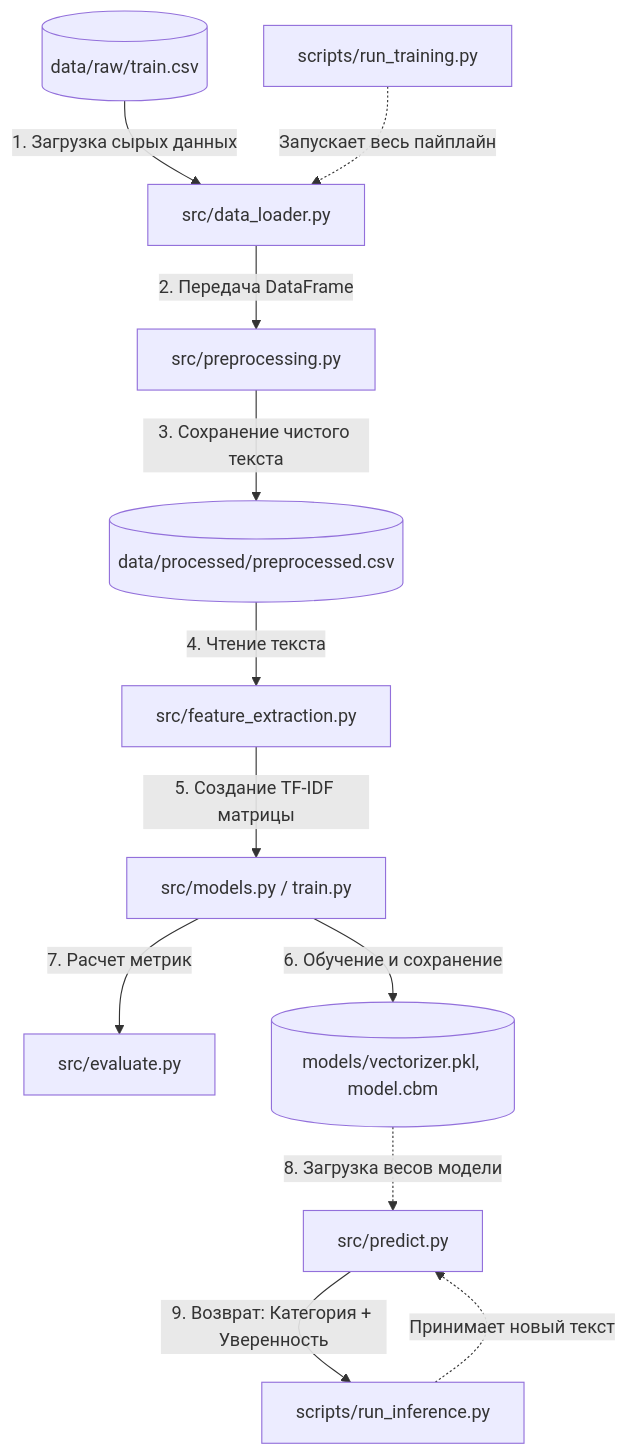
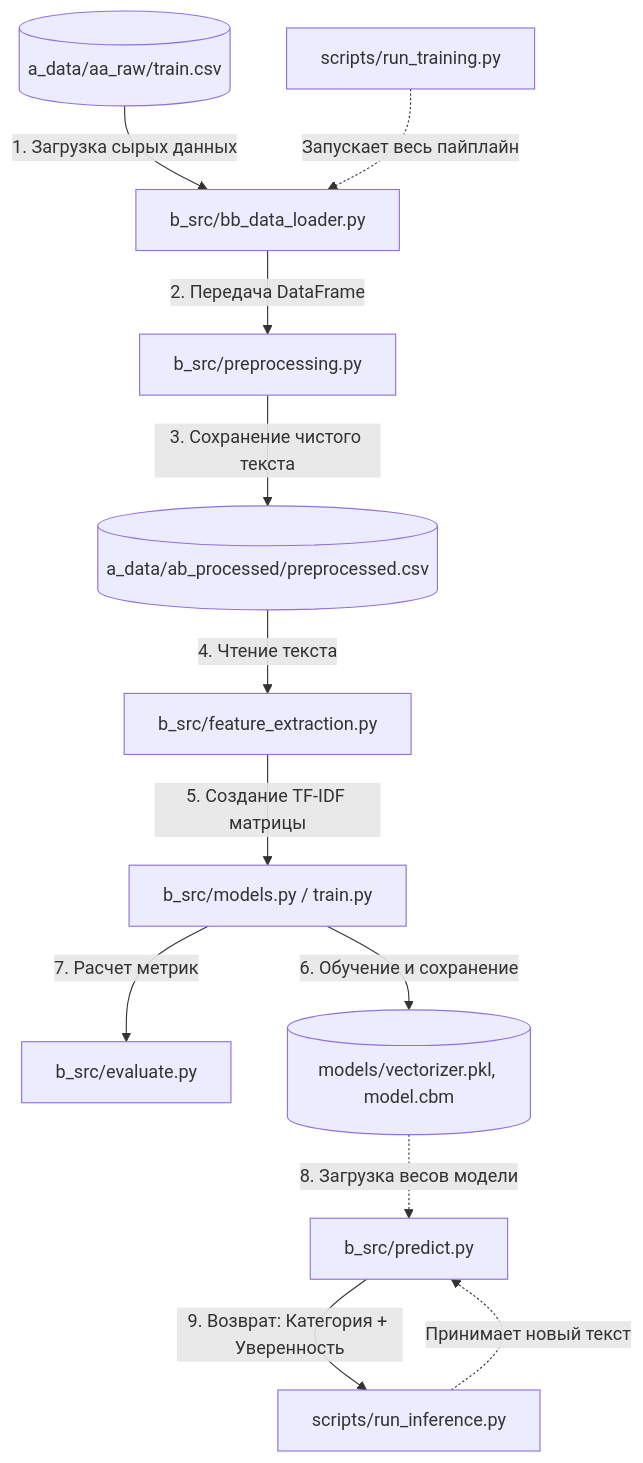
The diagram in README.md (VVN8819/nlp_tfidf_logreg_catboost), drawn with Mermaid before and after one commit. The commit also changed other lines of this file, not shown here.

````diff
--- a/README.md
+++ b/README.md
@@ -32,34 +62,34 @@
 ```mermaid
 graph TD
     %% Узлы: Данные
-    RawData[("data/raw/train.csv")]
-    ProcessedData[("data/processed/preprocessed.csv")]
+    RawData[("a_data/aa_raw/train.csv")]
+    ProcessedData[("a_data/ab_processed/preprocessed.csv")]
 
     %% Узлы: Исходный код (src)
-    DataLoader["src/data_loader.py"]
-    Preprocessing["src/preprocessing.py"]
-    FeatureExtraction["src/feature_extraction.py"]
-    ModelsTrain["src/models.py / train.py"]
-    Evaluate["src/evaluate.py"]
-    Predict["src/predict.py"]
+    DataLoader["b_src/bb_data_loader.py"]
+    Preprocessing["b_src/preprocessing.py"]
+    FeatureExtraction["b_src/feature_extraction.py"]
+    ModelsTrain["b_src/models.py / train.py"]
+    Evaluate["b_src/evaluate.py"]
+    Predict["b_src/predict.py"]
 
     %% Узлы: Артефакты и Скрипты
     SavedModels[("models/vectorizer.pkl, model.cbm")]
     RunTrain["scripts/run_training.py"]
     RunInference["scripts/run_inference.py"]
 
     %% Поток данных обучения
     RawData -->|1. Загрузка сырых данных| DataLoader
     DataLoader -->|2. Передача DataFrame| Preprocessing
     Preprocessing -->|3. Сохранение чистого текста| ProcessedData
     ProcessedData -->|4. Чтение текста| FeatureExtraction
     FeatureExtraction -->|5. Создание TF-IDF матрицы| ModelsTrain
     ModelsTrain -->|6. Обучение и сохранение| SavedModels
     ModelsTrain -->|7. Расчет метрик| Evaluate
 
     %% Поток инференса
     RunTrain -.->|Запускает весь пайплайн| DataLoader
     RunInference -.->|Принимает новый текст| Predict
     SavedModels -.->|8. Загрузка весов модели| Predict
     Predict -->|9. Возврат: Категория + Уверенность| RunInference
 ```
````
